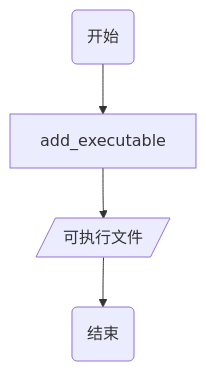
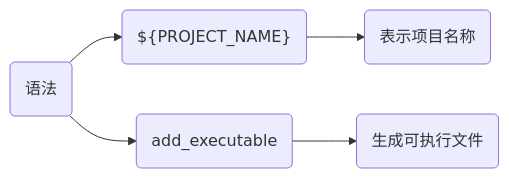
One commit to dmjcb/dmjcb.github.io changed the fifth of 9 diagrams in _posts/software/build_tool/cmake/2024-10-22-使用.md. Above: the diagram before and after it, drawn with Mermaid. The commit also changed other lines of this file and 24 other files, not shown here.

````diff
--- a/_posts/software/build_tool/cmake/2024-10-22-使用.md
+++ b/_posts/software/build_tool/cmake/2024-10-22-使用.md
@@ -191,4 +177,6 @@
 ```mermaid
-graph TB
-    X(开始)-->A[add_executable]-->B[/可执行文件/]-->Z(结束)
+graph LR
+    X(语法)
+    X-->A("${PROJECT_NAME}")-->A1(表示项目名称)
+    X-->B(add_executable)-->B1(生成可执行文件)
 ```
````
